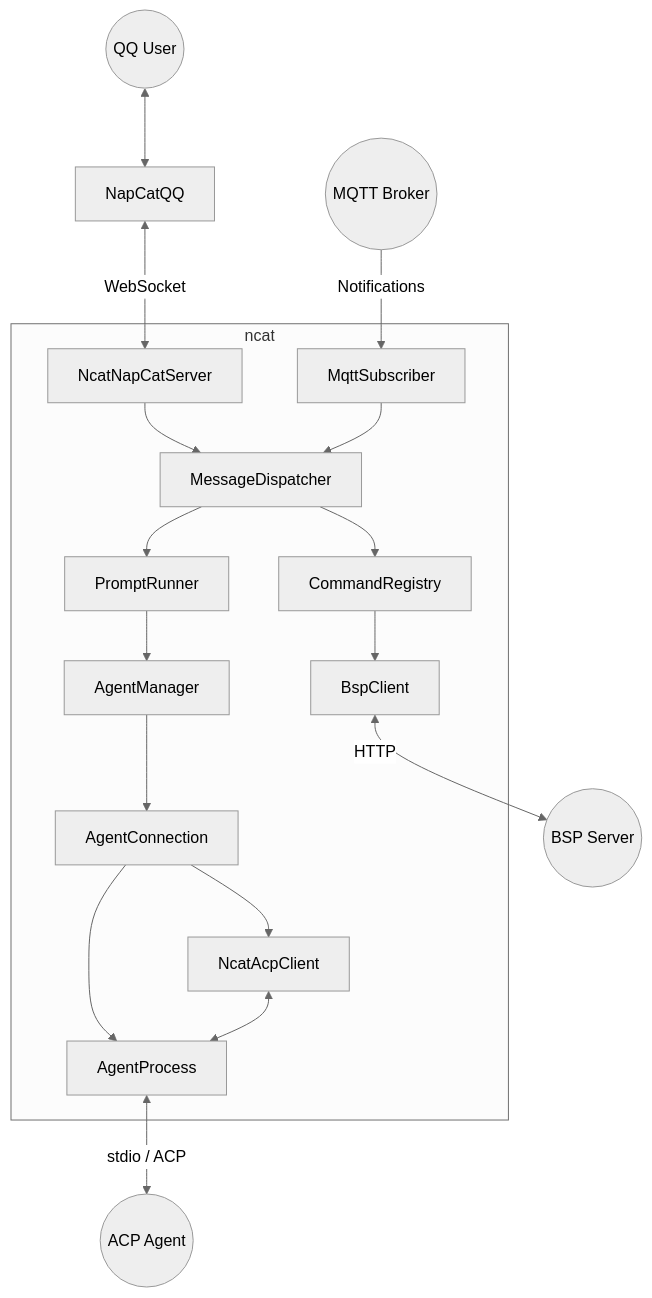
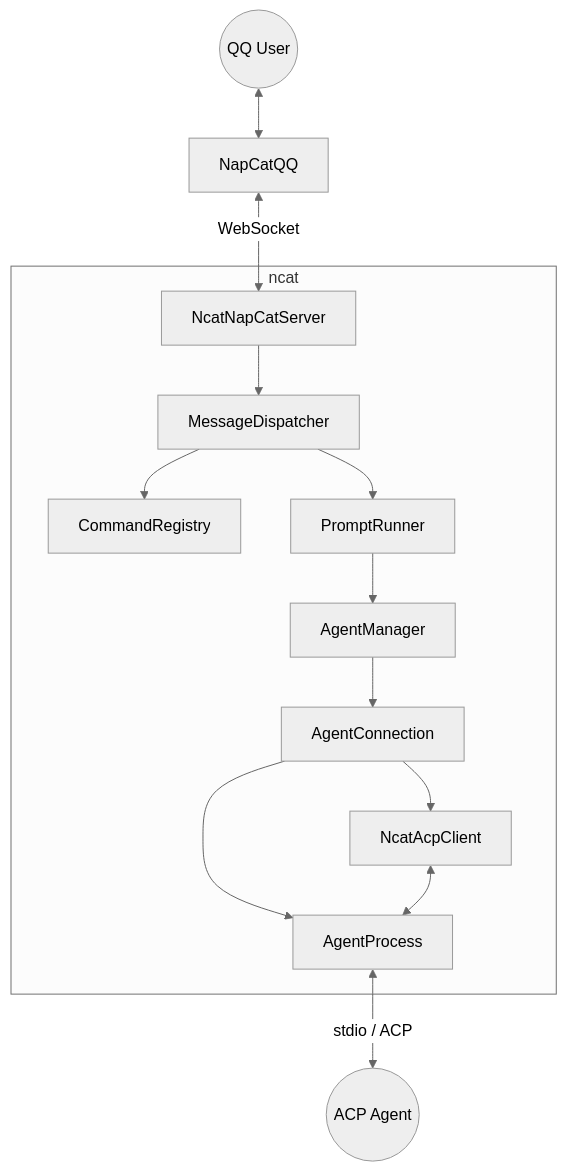
Before and after one commit to lilitoweiwei/NapCatAcpClient: the diagram in README.md, drawn with Mermaid (neutral theme). The commit also changed other lines of this file and 12 other files, not shown here.

````diff
--- a/README.md
+++ b/README.md
@@ -130,26 +112,21 @@
 ```mermaid
 graph TD
     User((QQ User)) <--> NapCat[NapCatQQ]
     NapCat <-- WebSocket --> NcatServer[NcatNapCatServer]
     
     subgraph ncat
         NcatServer --> Dispatcher[MessageDispatcher]
         Dispatcher --> CommandSys[CommandRegistry]
         Dispatcher --> PromptRunner[PromptRunner]
         
         PromptRunner --> AgentMgr[AgentManager]
         
         AgentMgr --> AgentConn[AgentConnection]
         AgentConn --> AgentProc[AgentProcess]
         AgentConn --> AcpClient[NcatAcpClient]
-        
+
         AcpClient <--> AgentProc
-        
-        CommandSys --> BspClient[BspClient]
-        MqttSub[MqttSubscriber] --> Dispatcher
     end
-    
+
     AgentProc <-- stdio / ACP --> Agent((ACP Agent))
-    BspClient <-- HTTP --> BspServer((BSP Server))
-    MqttBroker((MQTT Broker)) -- Notifications --> MqttSub
 ```
````
